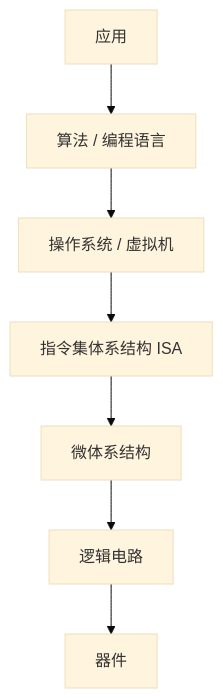
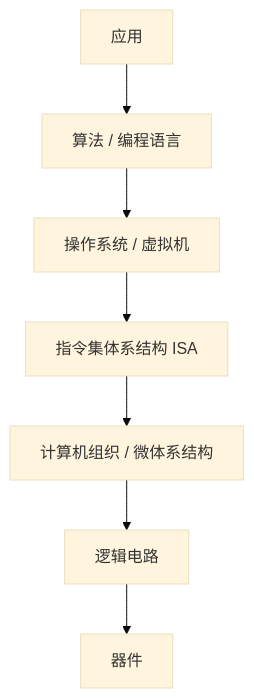
Before and after one commit to SummerS-tars/jizu-course-guides: the second of 3 diagrams in guides/计组-课件01-学习指南.md, drawn with Mermaid (base theme). The commit also changed other lines of this file and 4 other files, not shown here.

````diff
--- a/guides/计组-课件01-学习指南.md
+++ b/guides/计组-课件01-学习指南.md
@@ -159,11 +162,11 @@
 ```mermaid
 flowchart TB
   APP[应用]
   LANG[算法 / 编程语言]
   OS[操作系统 / 虚拟机]
   ISA[指令集体系结构 ISA]
-  UARCH[微体系结构]
+  UARCH[计算机组织 / 微体系结构]
   LOGIC[逻辑电路]
   DEV[器件]
   APP --> LANG --> OS --> ISA --> UARCH --> LOGIC --> DEV
 ```
````
